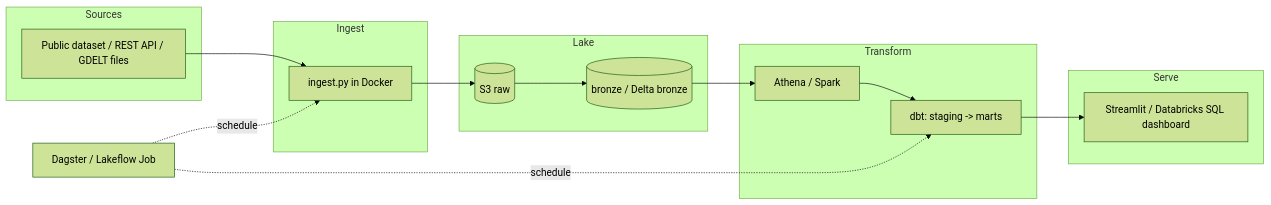
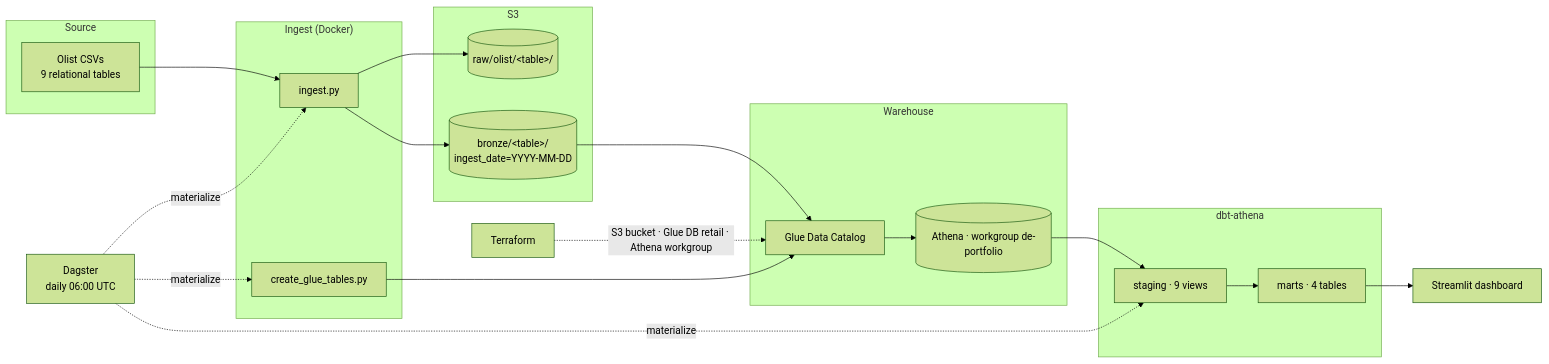
Before and after one commit to willamsburgoa-hash/ecommerce-retail-warehouse: the diagram in docs/architecture.md, drawn with Mermaid (forest theme). The commit also changed other lines of this file and 28 other files, not shown here.

````diff
--- a/docs/architecture.md
+++ b/docs/architecture.md
@@ -9,25 +14,34 @@
 ```mermaid
 flowchart LR
-    subgraph Sources
-      A[Public dataset / REST API / GDELT files]
+    subgraph Source
+      K[Olist CSVs<br/>9 relational tables]
     end
-    subgraph Ingest
-      B[ingest.py in Docker]
+    subgraph Ingest["Ingest (Docker)"]
+      ING[ingest.py]
+      GT[create_glue_tables.py]
     end
-    subgraph Lake
-      C[(S3 raw)]
-      D[(bronze / Delta bronze)]
+    subgraph Lake["S3"]
+      RAW[("raw/olist/&lt;table&gt;/")]
+      BRZ[("bronze/&lt;table&gt;/<br/>ingest_date=YYYY-MM-DD")]
     end
-    subgraph Transform
-      E[Athena / Spark]
-      F[dbt: staging -> marts]
+    subgraph Warehouse
+      GLUE[Glue Data Catalog]
+      ATH[(Athena · workgroup de-portfolio)]
     end
-    subgraph Serve
-      G[Streamlit / Databricks SQL dashboard]
+    subgraph Transform["dbt-athena"]
+      STG[staging · 9 views]
+      MRT[marts · 4 tables]
     end
-    O[Dagster / Lakeflow Job]
+    SERVE[Streamlit dashboard]
+    ORCH[Dagster<br/>daily 06:00 UTC]
+    IAC[Terraform]
 
-    A --> B --> C --> D --> E --> F --> G
-    O -.schedule.-> B
-    O -.schedule.-> F
+    K --> ING --> RAW
+    ING --> BRZ
+    GT --> GLUE
+    BRZ --> GLUE --> ATH --> STG --> MRT --> SERVE
+    ORCH -.->|materialize| ING
+    ORCH -.->|materialize| GT
+    ORCH -.->|materialize| STG
+    IAC -.->|S3 bucket · Glue DB retail · Athena workgroup| GLUE
 ```
````
